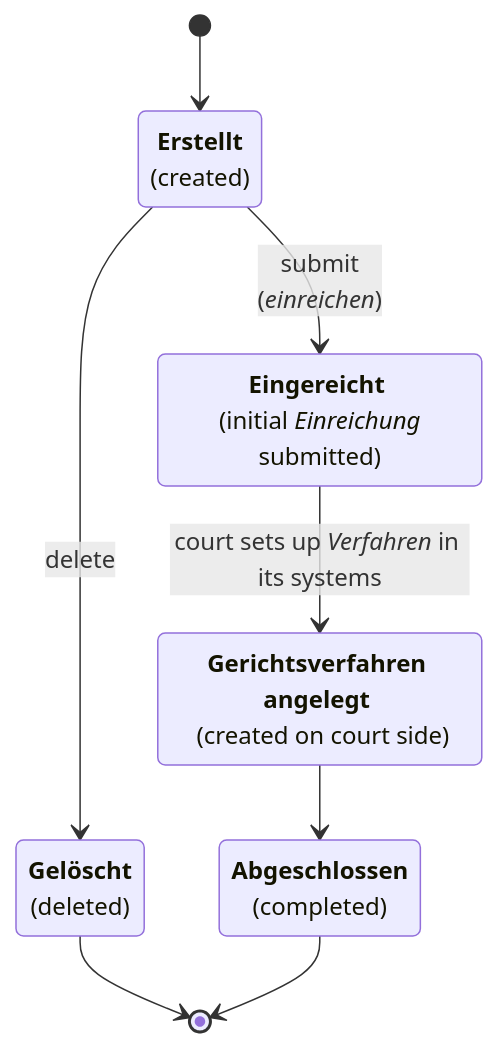
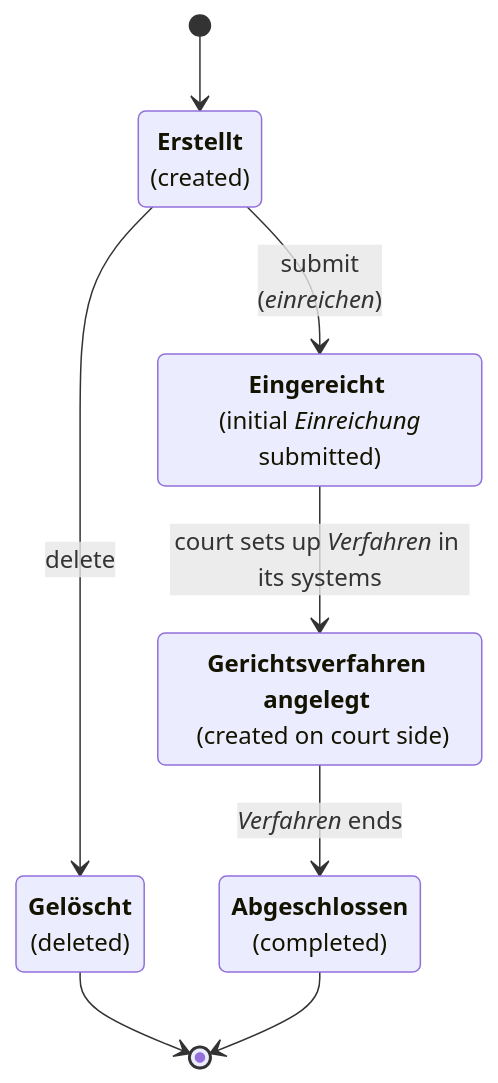
One commit to digitalservicebund/a2j-kommunikationsplattform changed the second of 4 diagrams in doc/topics/domain-model.md. Above: the diagram before and after it, drawn with Mermaid. The commit also changed other lines of this file, not shown here.

````diff
--- a/doc/topics/domain-model.md
+++ b/doc/topics/domain-model.md
@@ -121,19 +129,19 @@
 ```mermaid
 stateDiagram-v2
     erstellt: **Erstellt** <br/> (created)
     eingereicht: **Eingereicht** <br/> (initial _Einreichung_ submitted)
     gerichtsverfahren_angelegt: **Gerichtsverfahren angelegt** <br/> (created on court side)
     abgeschlossen: **Abgeschlossen** <br/> (completed)
     gelöscht: **Gelöscht** <br/> (deleted)
 
     [*] --> erstellt
 
     erstellt --> gelöscht: delete
     gelöscht --> [*]
 
     erstellt --> eingereicht: submit <br/> (_einreichen_)
     eingereicht --> gerichtsverfahren_angelegt: court sets up _Verfahren_ in its systems
 
-    gerichtsverfahren_angelegt --> abgeschlossen
+    gerichtsverfahren_angelegt --> abgeschlossen: _Verfahren_ ends
     abgeschlossen --> [*]
 ```
````
